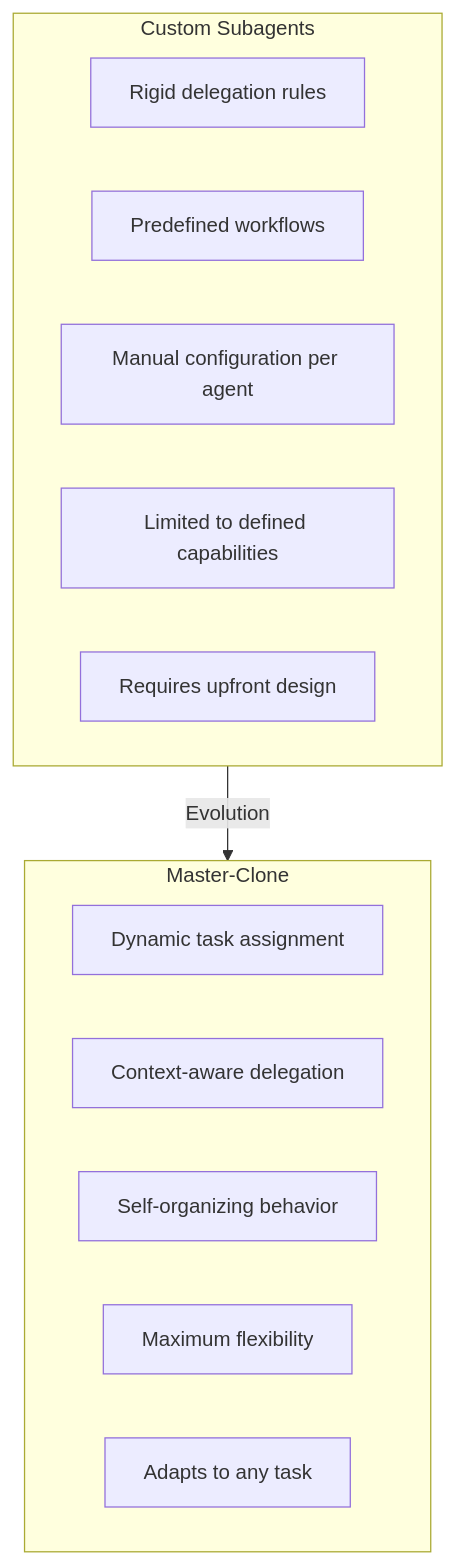
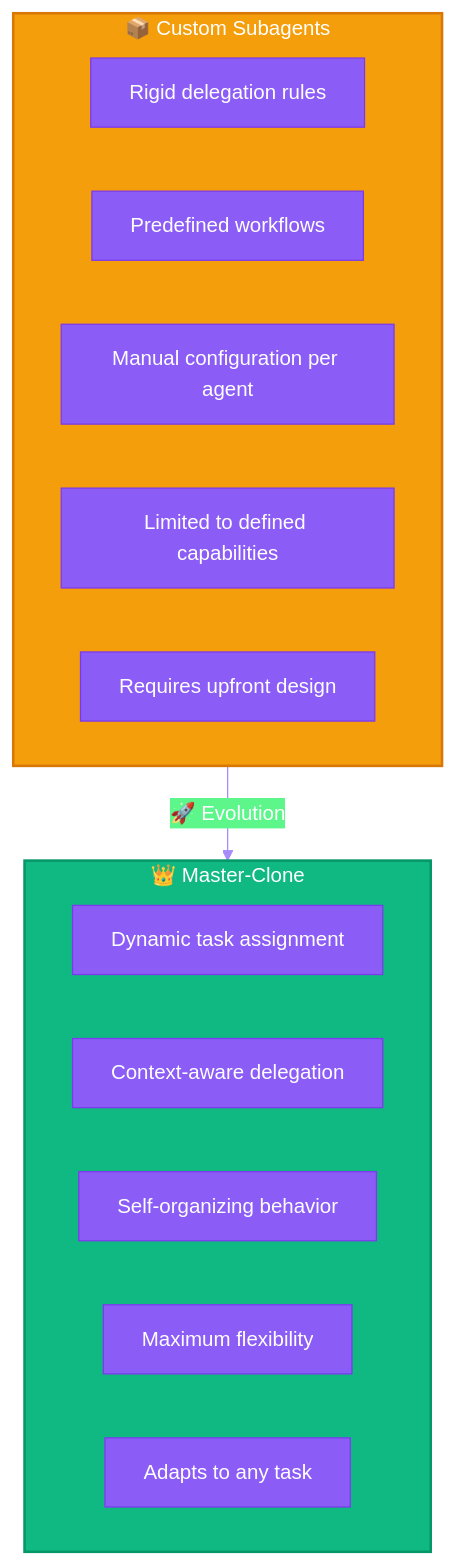
One commit to ThibautMelen/agentic-ai-systems changed the second of 5 diagrams in patterns/04-master-clone-architecture.md. Above: the diagram before and after it, drawn with Mermaid. The commit also changed other lines of this file and 7 other files, not shown here.

First line of the commit message:
style(diagrams): add vibrant colors to all Mermaid diagrams

````diff
--- a/patterns/04-master-clone-architecture.md
+++ b/patterns/04-master-clone-architecture.md
@@ -44,20 +49,24 @@
 ```mermaid
+%%{init: {'theme': 'base', 'themeVariables': { 'primaryColor': '#8b5cf6', 'primaryTextColor': '#ffffff', 'primaryBorderColor': '#7c3aed', 'lineColor': '#a78bfa'}}}%%
 graph TB
-    subgraph Custom["Custom Subagents"]
+    subgraph Custom["📦 Custom Subagents"]
         CS1[Rigid delegation rules]
         CS2[Predefined workflows]
         CS3[Manual configuration per agent]
         CS4[Limited to defined capabilities]
         CS5[Requires upfront design]
     end
 
-    subgraph MasterClone["Master-Clone"]
+    subgraph MasterClone["👑 Master-Clone"]
         MC1[Dynamic task assignment]
         MC2[Context-aware delegation]
         MC3[Self-organizing behavior]
         MC4[Maximum flexibility]
         MC5[Adapts to any task]
     end
 
-    Custom -->|"Evolution"| MasterClone
+    Custom -->|"🚀 Evolution"| MasterClone
+
+    style Custom fill:#f59e0b,stroke:#d97706,stroke-width:2px,color:#ffffff
+    style MasterClone fill:#10b981,stroke:#059669,stroke-width:2px,color:#ffffff
 ```
````
